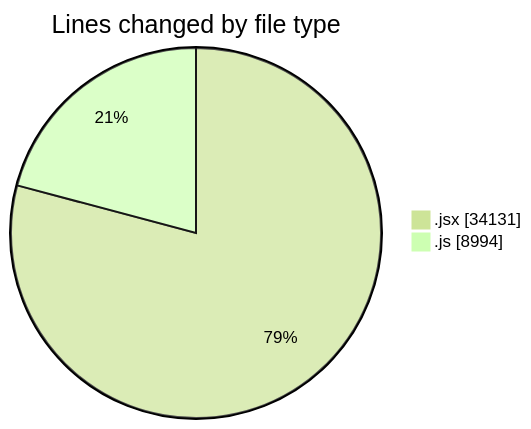
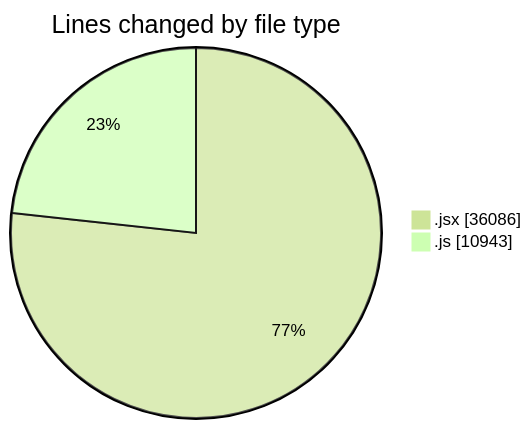
Before and after one commit to nxtqubesakshisongat/code-tracking: the first of 2 diagrams in 2025-09-29/nxtqube_webapp/README.md, drawn with Mermaid (forest theme). The commit also changed other lines of this file and 1 other file, not shown here.

````diff
--- a/2025-09-29/nxtqube_webapp/README.md
+++ b/2025-09-29/nxtqube_webapp/README.md
@@ -22,6 +22,6 @@
 ```mermaid
 pie showData
 title Lines changed by file type
-".jsx" : 34131
-".js" : 8994
+".jsx" : 36086
+".js" : 10943
 ```
````
